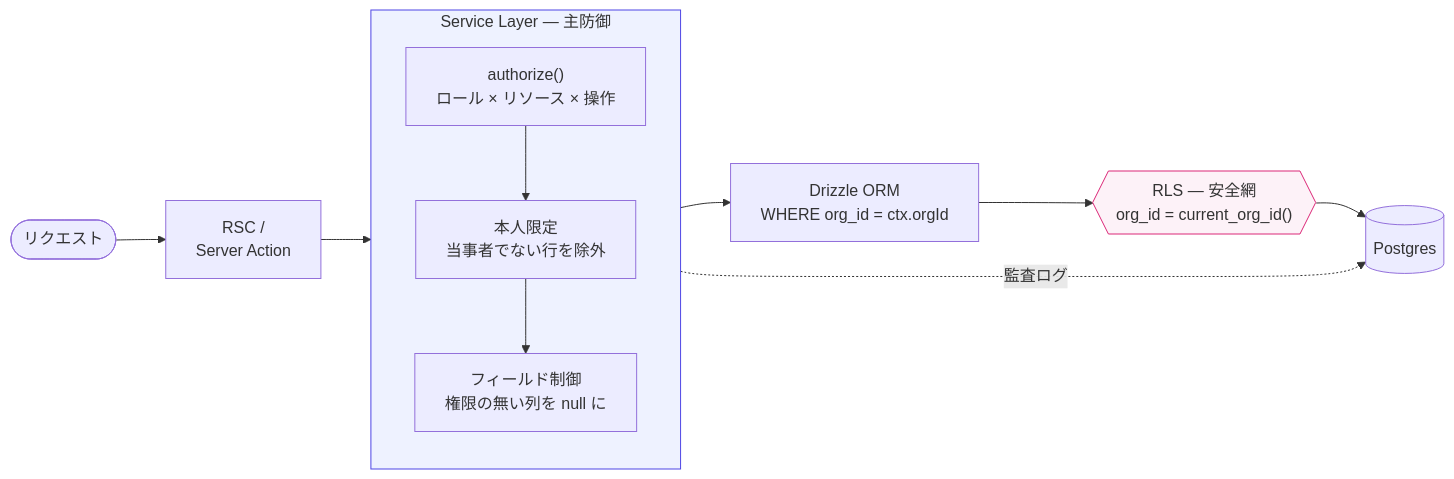
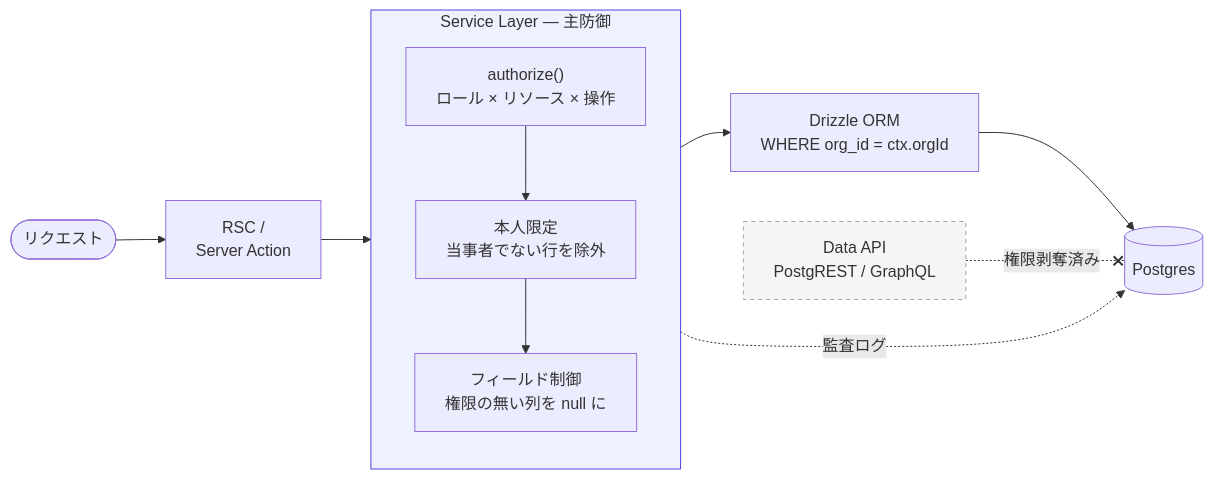
One commit to TakuyaMiyashita/fondra-hr changed the diagram in README.md. Above: the diagram before and after it, drawn with Mermaid. The commit also changed other lines of this file and 5 other files, not shown here.

````diff
--- a/README.md
+++ b/README.md
@@ -28,21 +36,22 @@
 ```mermaid
 flowchart LR
     REQ(["リクエスト"]) --> SA["RSC /<br/>Server Action"]
     SA --> SVC
 
     subgraph SVC["Service Layer — 主防御"]
         direction TB
         AZ["authorize()<br/>ロール × リソース × 操作"]
         ROW["本人限定<br/>当事者でない行を除外"]
         COL["フィールド制御<br/>権限の無い列を null に"]
         AZ --> ROW --> COL
     end
 
     SVC --> ORM["Drizzle ORM<br/>WHERE org_id = ctx.orgId"]
-    ORM --> RLS{{"RLS — 安全網<br/>org_id = current_org_id()"}}
-    RLS --> DB[("Postgres")]
+    ORM --> DB[("Postgres")]
     SVC -. 監査ログ .-> DB
 
+    API["Data API<br/>PostgREST / GraphQL"] -. 権限剥奪済み .-x DB
+
     style SVC fill:#eef2ff,stroke:#4f46e5
-    style RLS fill:#fdf2f8,stroke:#db2777
+    style API fill:#f5f5f5,stroke:#9ca3af,stroke-dasharray: 4 4
 ```
````
